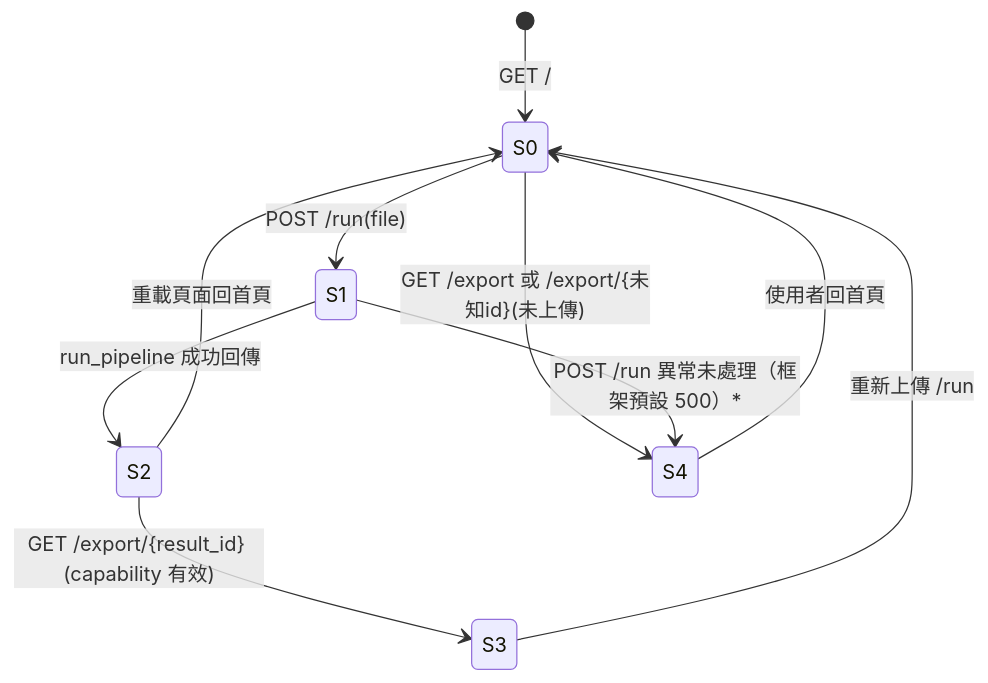
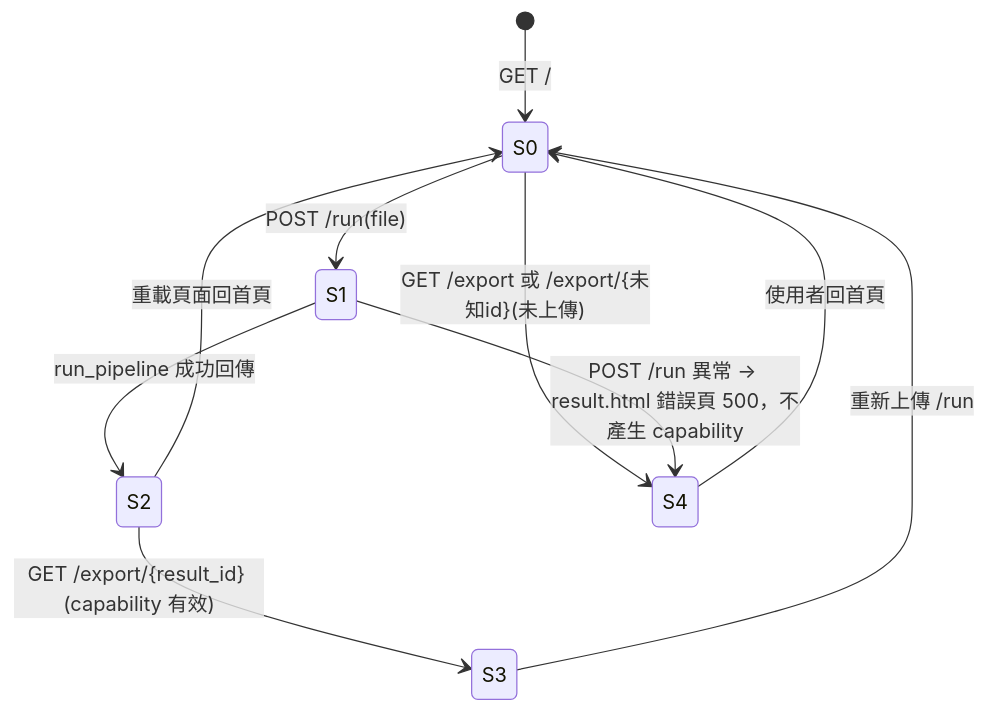
Before and after one commit to Reese-max/note-filler: the first of 2 diagrams in docs/specs/note-filler-state-machine.md, drawn with Mermaid. The commit also changed other lines of this file and 16 other files, not shown here.

````diff
--- a/docs/specs/note-filler-state-machine.md
+++ b/docs/specs/note-filler-state-machine.md
@@ -30,12 +30,12 @@
 ```mermaid
 stateDiagram-v2
     [*] --> S0 : GET /
     S0 --> S1 : POST /run(file)
     S1 --> S2 : run_pipeline 成功回傳
     S2 --> S3 : GET /export/{result_id} (capability 有效)
     S2 --> S0 : 重載頁面回首頁
     S0 --> S4 : GET /export 或 /export/{未知id}(未上傳)
-    S1 --> S4 : POST /run 異常未處理（框架預設 500）*
+    S1 --> S4 : POST /run 異常 → result.html 錯誤頁 500，不產生 capability
     S4 --> S0 : 使用者回首頁
     S3 --> S0 : 重新上傳 /run
 ```
````
